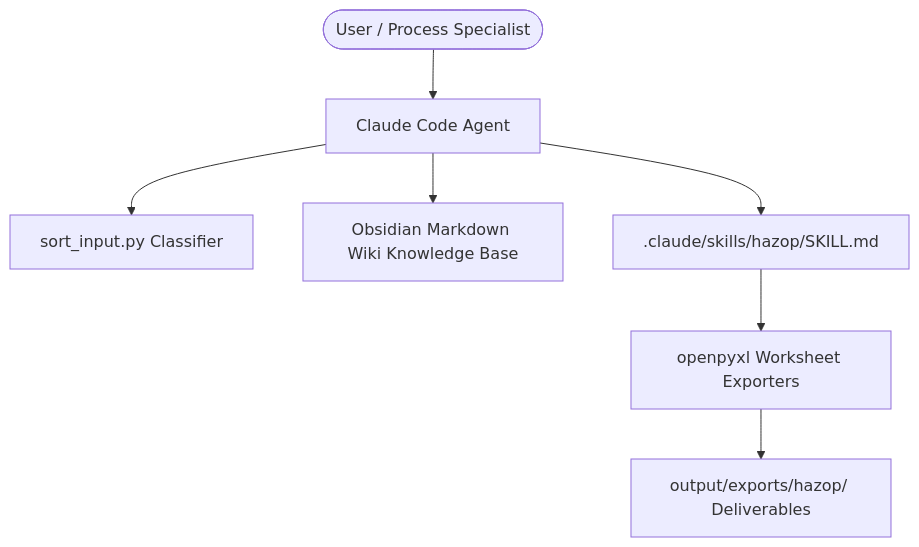
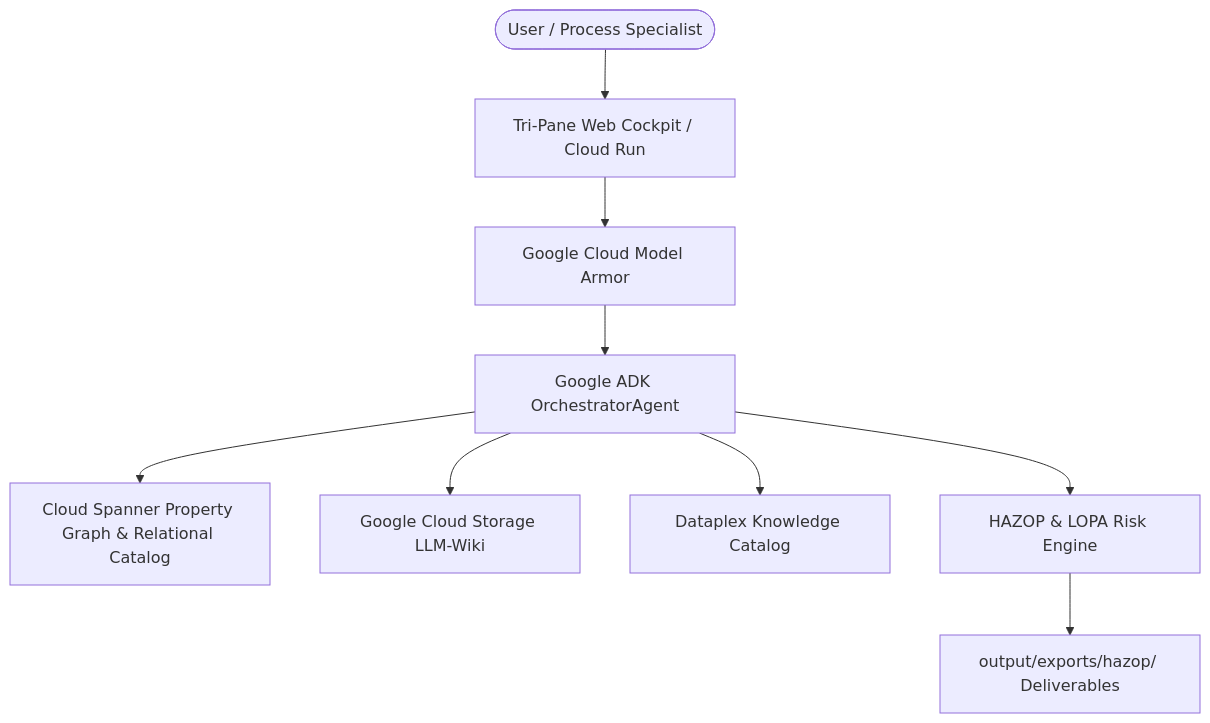
Before and after one commit to pantana-na/pttep-kg: the first of 2 diagrams in specs/templates/sdd-template.md, drawn with Mermaid. The commit also changed 106 other files, not shown here.

````diff
--- a/specs/templates/sdd-template.md
+++ b/specs/templates/sdd-template.md
@@ -33,9 +33,11 @@
 ```mermaid
 graph TD
-    User([User / Process Specialist]) --> Agent[Claude Code Agent]
-    Agent --> Classifier[sort_input.py Classifier]
-    Agent --> Wiki[Obsidian Markdown Wiki Knowledge Base]
-    Agent --> HazopSkill[.claude/skills/hazop/SKILL.md]
-    HazopSkill --> ExcelGen[openpyxl Worksheet Exporters]
-    ExcelGen --> Output[output/exports/hazop/ Deliverables]
+    User([User / Process Specialist]) --> UI[Tri-Pane Web Cockpit / Cloud Run]
+    UI --> Armor[Google Cloud Model Armor]
+    Armor --> Agent[Google ADK OrchestratorAgent]
+    Agent --> Spanner[Cloud Spanner Property Graph & Relational Catalog]
+    Agent --> GCS[Google Cloud Storage LLM-Wiki]
+    Agent --> Dataplex[Dataplex Knowledge Catalog]
+    Agent --> HazopEngine[HAZOP & LOPA Risk Engine]
+    HazopEngine --> Output[output/exports/hazop/ Deliverables]
 ```
````
